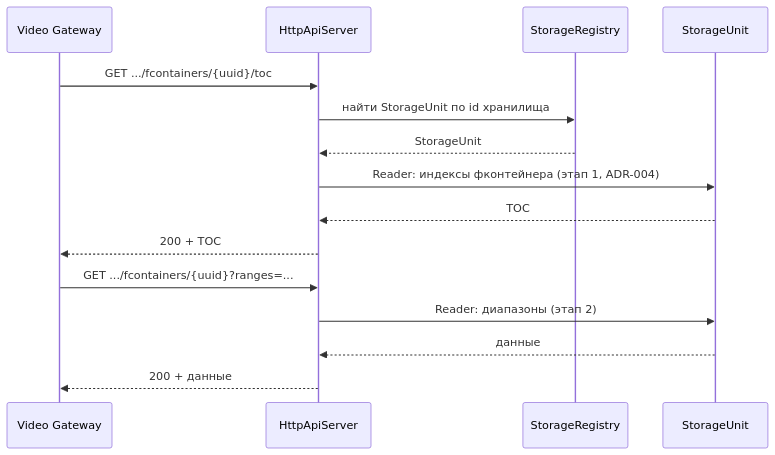
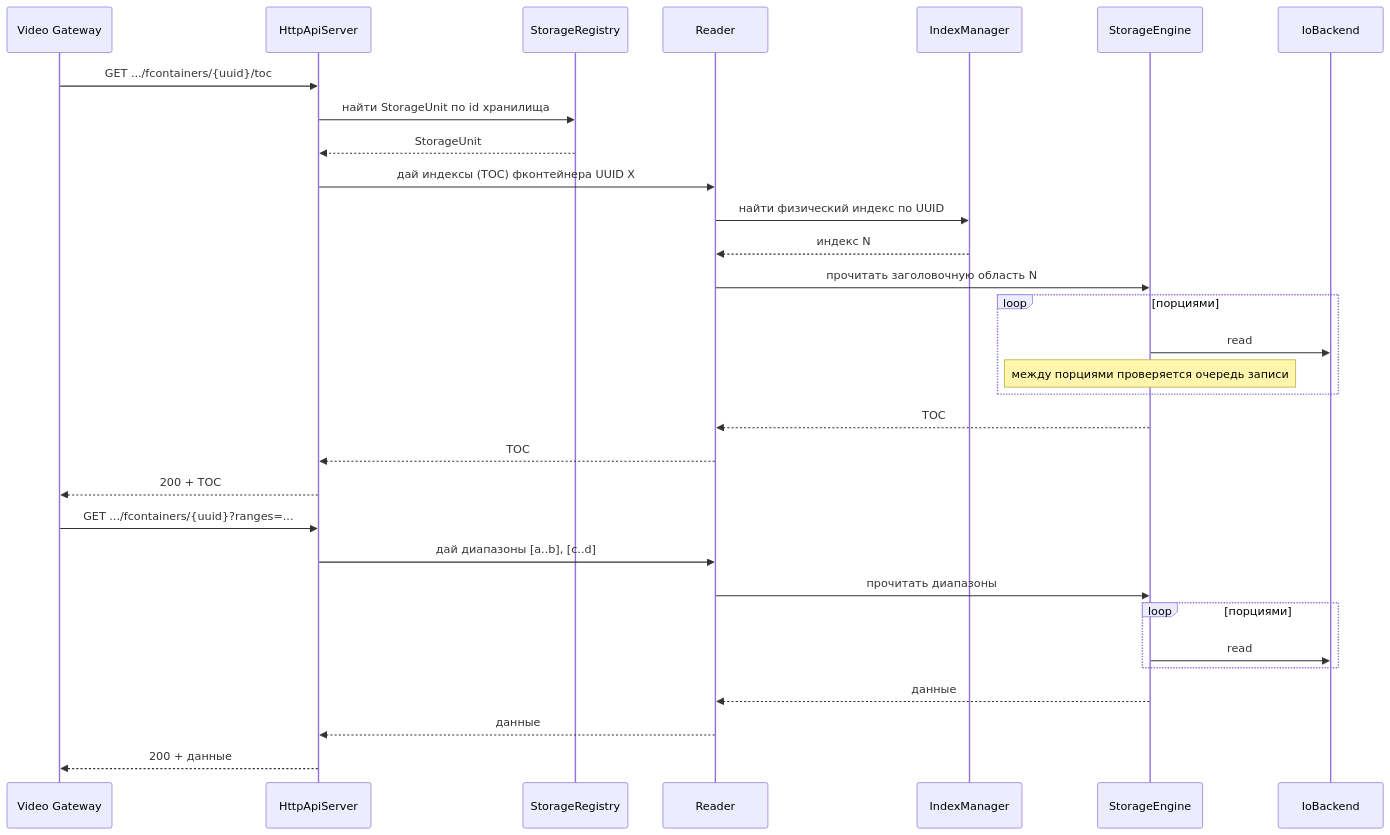
The fourth of 7 diagrams in docs/docs/archive/10-service-composition.md (traycers/farc), drawn with Mermaid before and after one commit. The commit also changed other lines of this file and 1 other file, not shown here.

Commit message:
update storage

````diff
--- a/docs/docs/archive/10-service-composition.md
+++ b/docs/docs/archive/10-service-composition.md
@@ -163,19 +336,35 @@
 ```mermaid
 sequenceDiagram
     participant VG as Video Gateway
     participant API as HttpApiServer
     participant SR as StorageRegistry
-    participant SU as StorageUnit
+    participant Rd as Reader
+    participant IM as IndexManager
+    participant SE as StorageEngine
+    participant IO as IoBackend
 
     VG->>API: GET .../fcontainers/{uuid}/toc
     API->>SR: найти StorageUnit по id хранилища
     SR-->>API: StorageUnit
-    API->>SU: Reader: индексы фконтейнера (этап 1, ADR-004)
-    SU-->>API: TOC
+    API->>Rd: дай индексы (TOC) фконтейнера UUID X
+    Rd->>IM: найти физический индекс по UUID
+    IM-->>Rd: индекс N
+    Rd->>SE: прочитать заголовочную область N
+    loop порциями
+        SE->>IO: read
+        Note over SE: между порциями проверяется очередь записи
+    end
+    SE-->>Rd: TOC
+    Rd-->>API: TOC
     API-->>VG: 200 + TOC
 
     VG->>API: GET .../fcontainers/{uuid}?ranges=...
-    API->>SU: Reader: диапазоны (этап 2)
-    SU-->>API: данные
+    API->>Rd: дай диапазоны [a..b], [c..d]
+    Rd->>SE: прочитать диапазоны
+    loop порциями
+        SE->>IO: read
+    end
+    SE-->>Rd: данные
+    Rd-->>API: данные
     API-->>VG: 200 + данные
 ```
````
